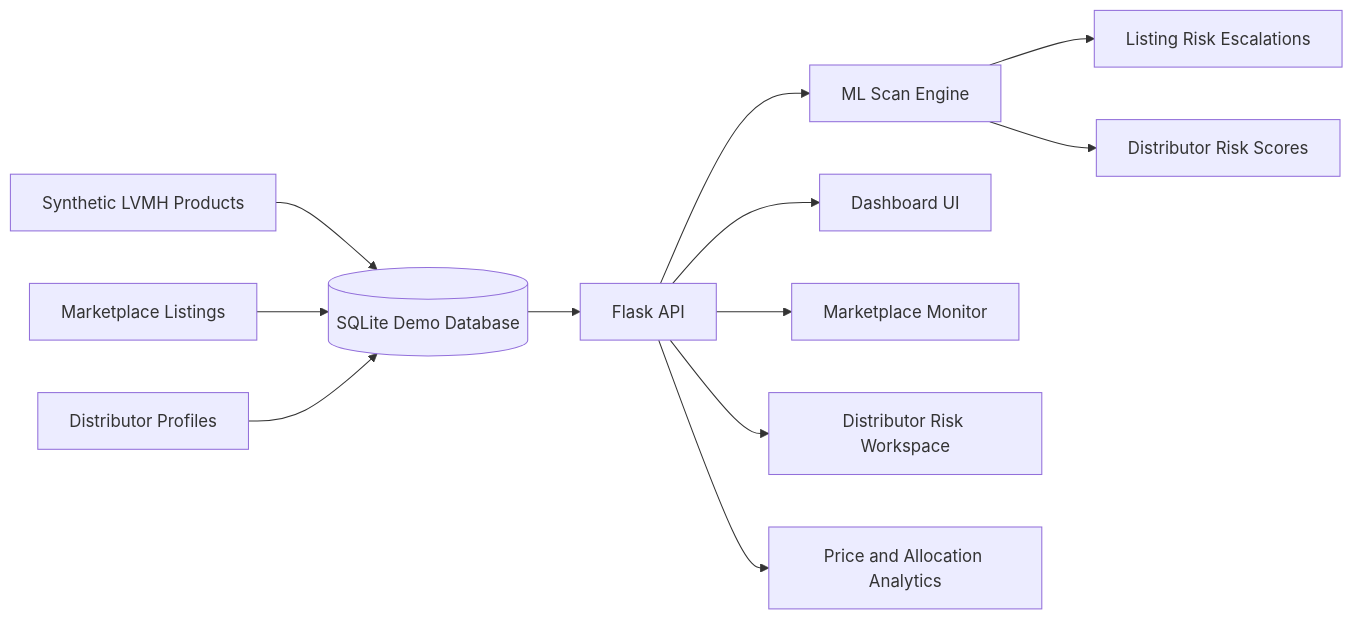
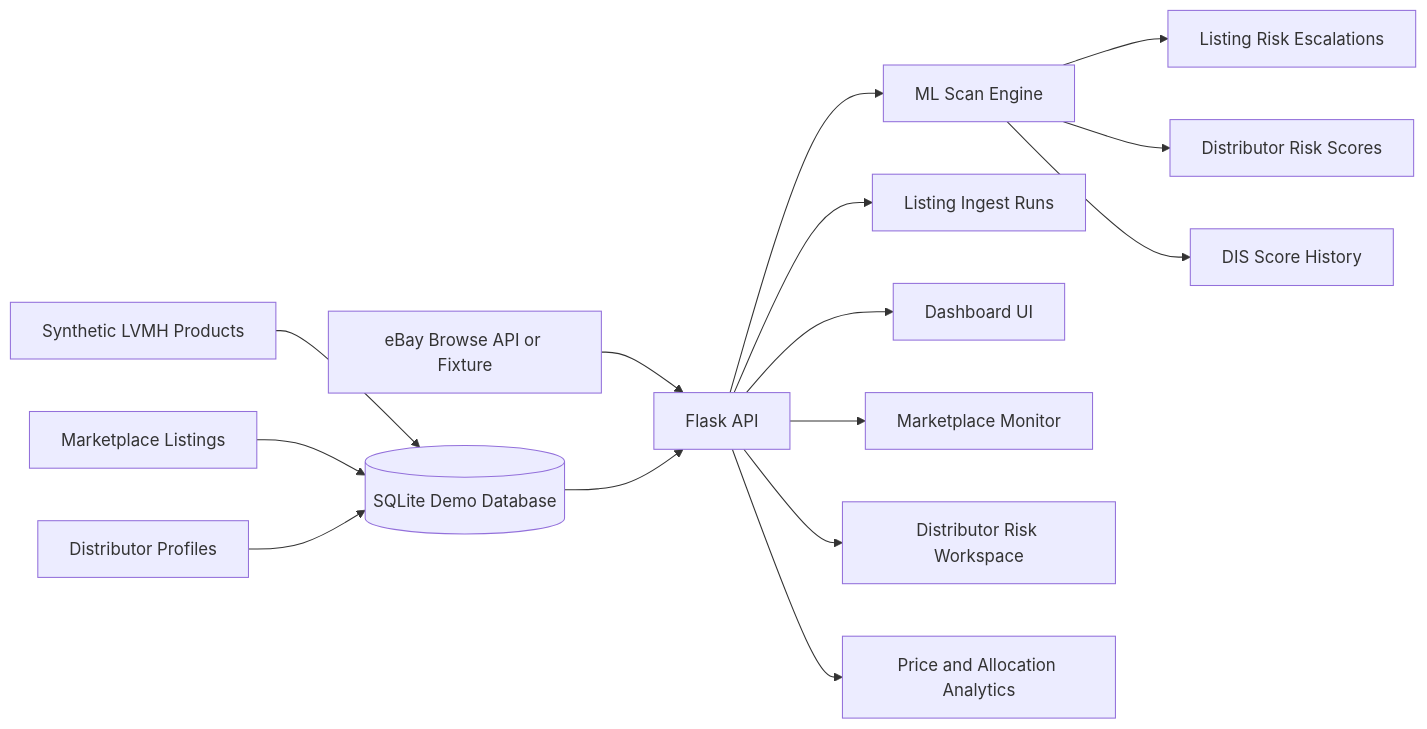
One commit to tejas-jaggi/lvmh-grey-market-intelligence changed the diagram in README.md. Above: the diagram before and after it, drawn with Mermaid. The commit also changed other lines of this file and 8 other files, not shown here.

Commit message:
Add eBay listing connector

````diff
--- a/README.md
+++ b/README.md
@@ -41,14 +50,17 @@
 ```mermaid
 flowchart LR
     A[Synthetic LVMH Products] --> D[(SQLite Demo Database)]
     B[Marketplace Listings] --> D
     C[Distributor Profiles] --> D
+    N[eBay Browse API or Fixture] --> E
     D --> E[Flask API]
     E --> F[ML Scan Engine]
+    E --> O[Listing Ingest Runs]
     F --> G[Listing Risk Escalations]
     F --> H[Distributor Risk Scores]
+    F --> M[DIS Score History]
     E --> I[Dashboard UI]
     E --> J[Marketplace Monitor]
     E --> K[Distributor Risk Workspace]
     E --> L[Price and Allocation Analytics]
 ```
````
